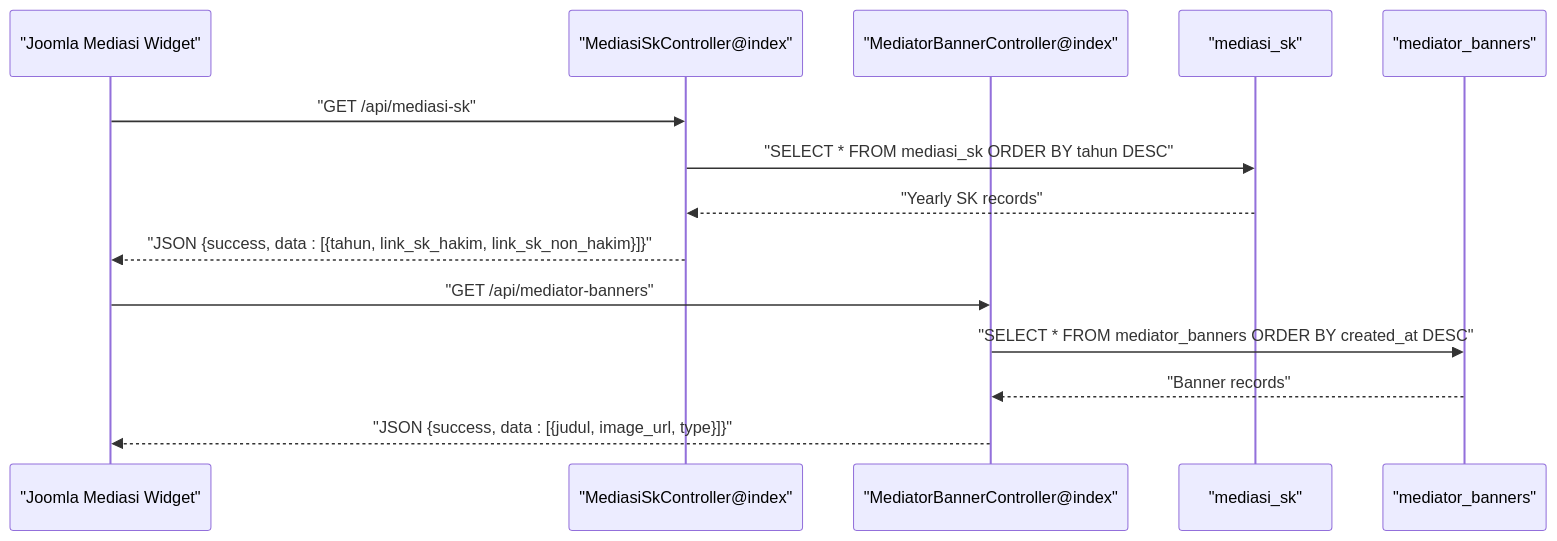
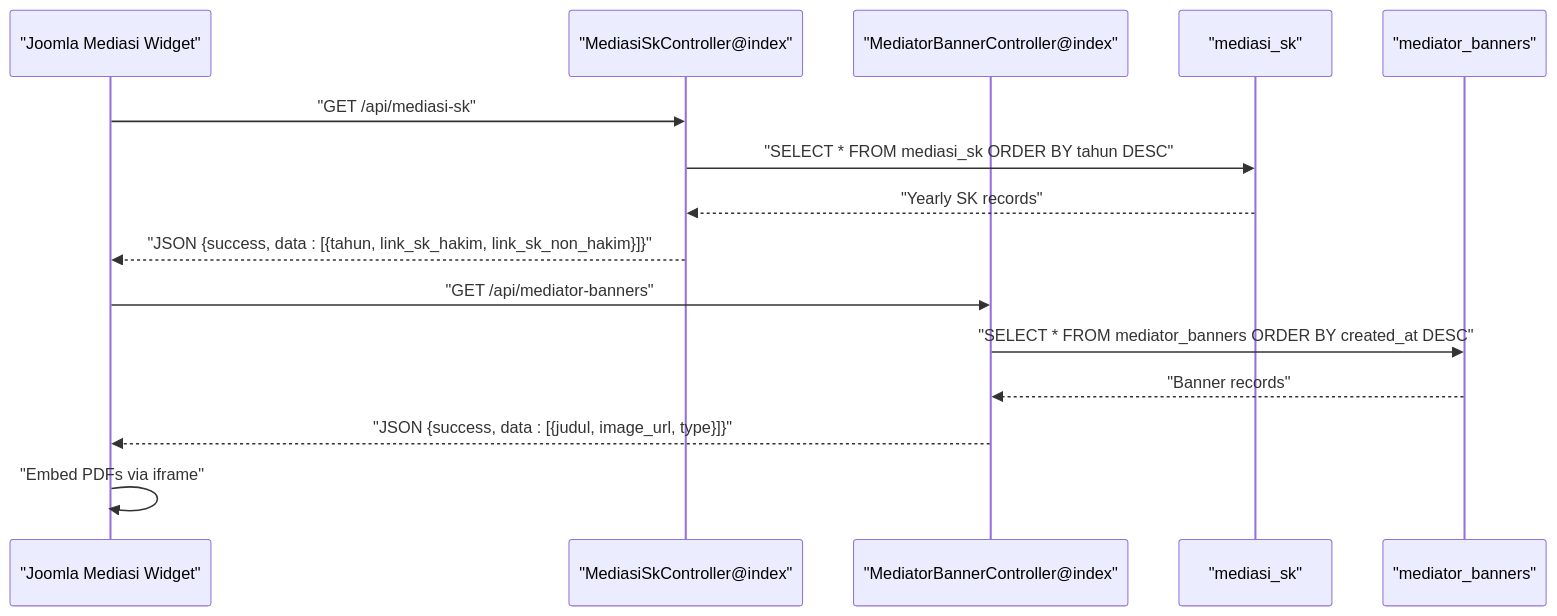
One commit to backuppapnj/api-web changed the eighth of 9 diagrams in .qoder/repowiki/en/content/Integration Documentation/Integration Documentation.md. Above: the diagram before and after it, drawn with Mermaid. The commit also changed other lines of this file and 13 other files, not shown here.

````diff
--- a/.qoder/repowiki/en/content/Integration Documentation/Integration Documentation.md
+++ b/.qoder/repowiki/en/content/Integration Documentation/Integration Documentation.md
@@ -327,16 +362,17 @@
 ```mermaid
 sequenceDiagram
 participant UI as "Joomla Mediasi Widget"
 participant SKCtrl as "MediasiSkController@index"
 participant BannerCtrl as "MediatorBannerController@index"
 participant SKDB as "mediasi_sk"
 participant BannerDB as "mediator_banners"
 UI->>SKCtrl : "GET /api/mediasi-sk"
 SKCtrl->>SKDB : "SELECT * FROM mediasi_sk ORDER BY tahun DESC"
 SKDB-->>SKCtrl : "Yearly SK records"
 SKCtrl-->>UI : "JSON {success, data : [{tahun, link_sk_hakim, link_sk_non_hakim}]}"
 UI->>BannerCtrl : "GET /api/mediator-banners"
 BannerCtrl->>BannerDB : "SELECT * FROM mediator_banners ORDER BY created_at DESC"
 BannerDB-->>BannerCtrl : "Banner records"
 BannerCtrl-->>UI : "JSON {success, data : [{judul, image_url, type}]}"
+UI->>UI : "Embed PDFs via iframe"
 ```
````
